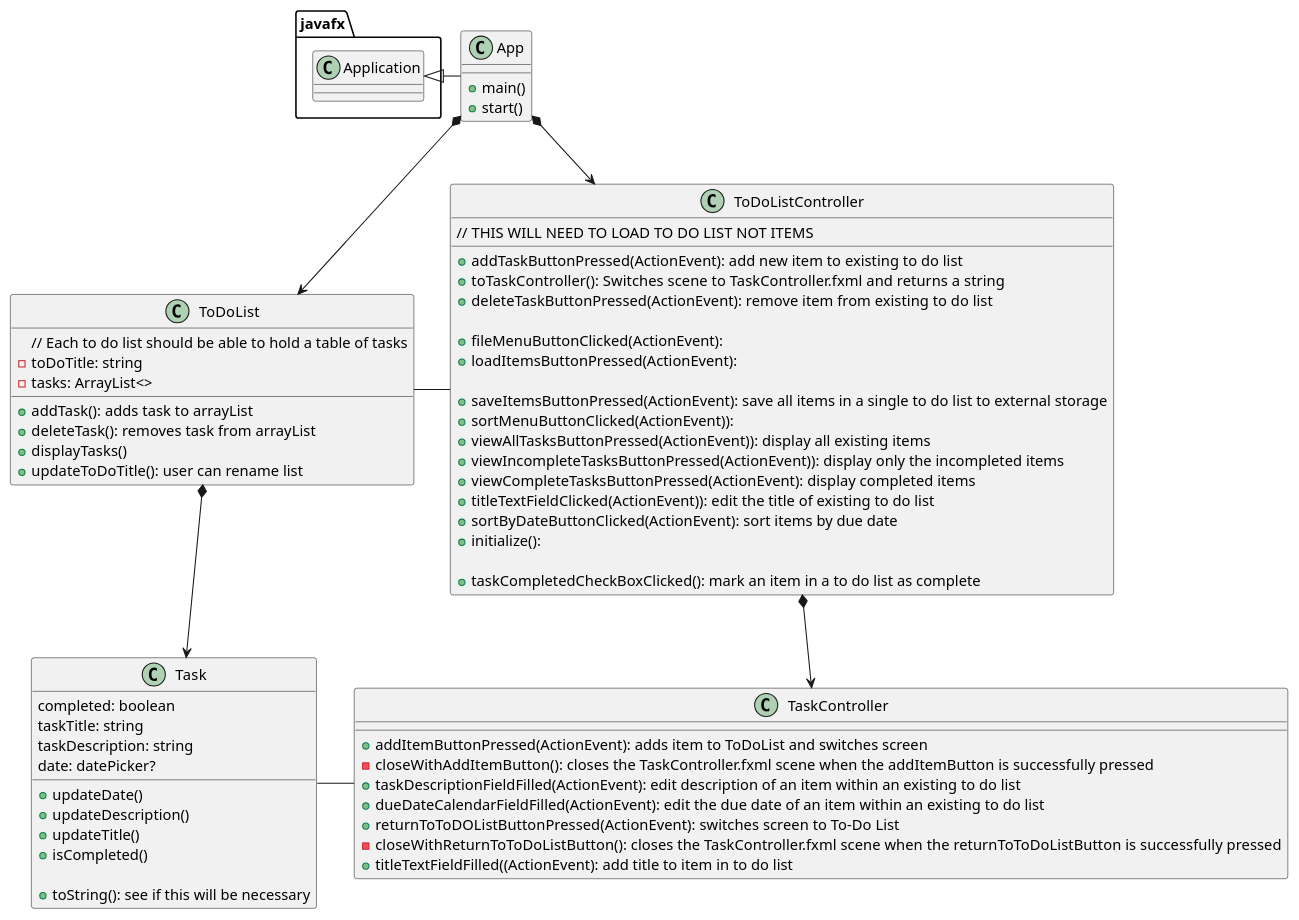
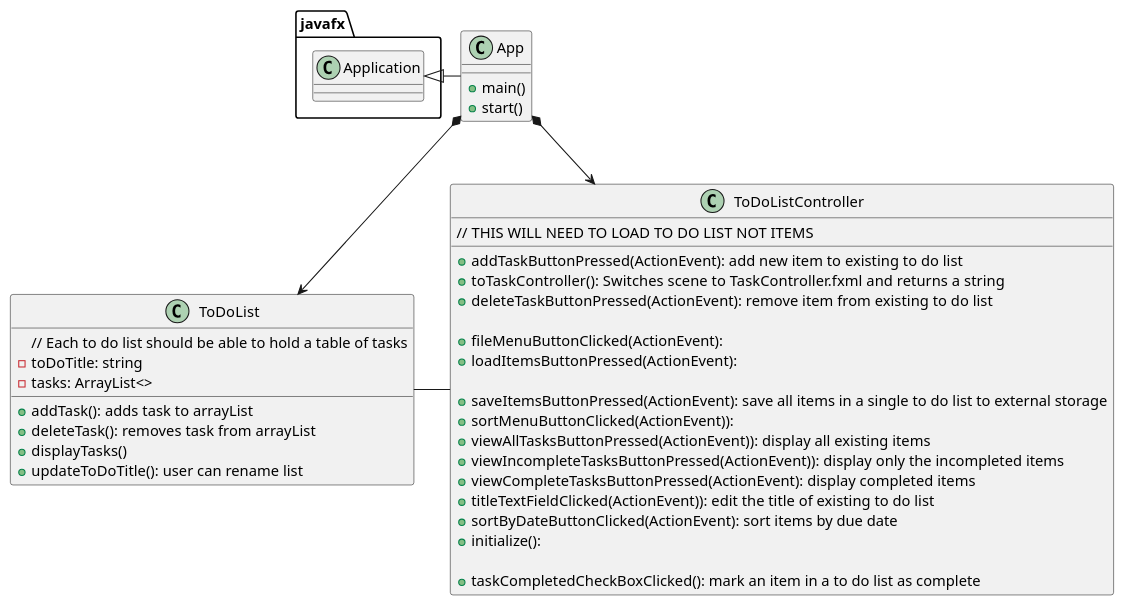
Before and after one commit to savosburn/To-Do-List-with-GUI: the diagram in uml/ToDoList.puml, drawn with PlantUML. The commit also changed 8 other files, not shown here.

Commit message:
switch window to invalidDateController, puml modification, cleanup, removed Task classes and controllers

```diff
--- a/uml/ToDoList.puml
+++ b/uml/ToDoList.puml
@@ -1,79 +1,56 @@
 @startuml
 'https://plantuml.com/sequence-diagram
 
 class App {
     + main()
     + start()
 }
 
 class ToDoList {
     // Each to do list should be able to hold a table of tasks
     - toDoTitle: string
     - tasks: ArrayList<>
 
     + addTask(): adds task to arrayList
     + deleteTask(): removes task from arrayList
     + displayTasks()
     + updateToDoTitle(): user can rename list
 
-}
-
-class Task {
-    completed: boolean
-    taskTitle: string
-    taskDescription: string
-    date: datePicker?
-
-    + updateDate()
-    + updateDescription()
-    + updateTitle()
-    + isCompleted()
-
-    + toString(): see if this will be necessary
 }
 
 class ToDoListController {
     + addTaskButtonPressed(ActionEvent): add new item to existing to do list
     + toTaskController(): Switches scene to TaskController.fxml and returns a string
     + deleteTaskButtonPressed(ActionEvent): remove item from existing to do list
 
     + fileMenuButtonClicked(ActionEvent):
 
     // THIS WILL NEED TO LOAD TO DO LIST NOT ITEMS
     + loadItemsButtonPressed(ActionEvent):
 
     + saveItemsButtonPressed(ActionEvent): save all items in a single to do list to external storage
     + sortMenuButtonClicked(ActionEvent)):
            + viewAllTasksButtonPressed(ActionEvent)): display all existing items
            + viewIncompleteTasksButtonPressed(ActionEvent)): display only the incompleted items
            + viewCompleteTasksButtonPressed(ActionEvent): display completed items
     + titleTextFieldClicked(ActionEvent)): edit the title of existing to do list
     + sortByDateButtonClicked(ActionEvent): sort items by due date
     + initialize():
 
     + taskCompletedCheckBoxClicked(): mark an item in a to do list as complete
 
 }
 
-class TaskController {
-    + addItemButtonPressed(ActionEvent): adds item to ToDoList and switches screen
-    - closeWithAddItemButton(): closes the TaskController.fxml scene when the addItemButton is successfully pressed
-    + taskDescriptionFieldFilled(ActionEvent): edit description of an item within an existing to do list
-    + dueDateCalendarFieldFilled(ActionEvent): edit the due date of an item within an existing to do list
-    + returnToToDOListButtonPressed(ActionEvent): switches screen to To-Do List
-    - closeWithReturnToToDoListButton(): closes the TaskController.fxml scene when the returnToToDoListButton is successfully pressed
-    + titleTextFieldFilled((ActionEvent): add title to item in to do list
-}
+
 
 
 
 
 javafx.Application <|- App
 App *--> ToDoListController
 App *--> ToDoList
-ToDoListController *--> TaskController
-ToDoList *--> Task
+
 ToDoList - ToDoListController
-Task - TaskController
+
 
 @enduml
```
